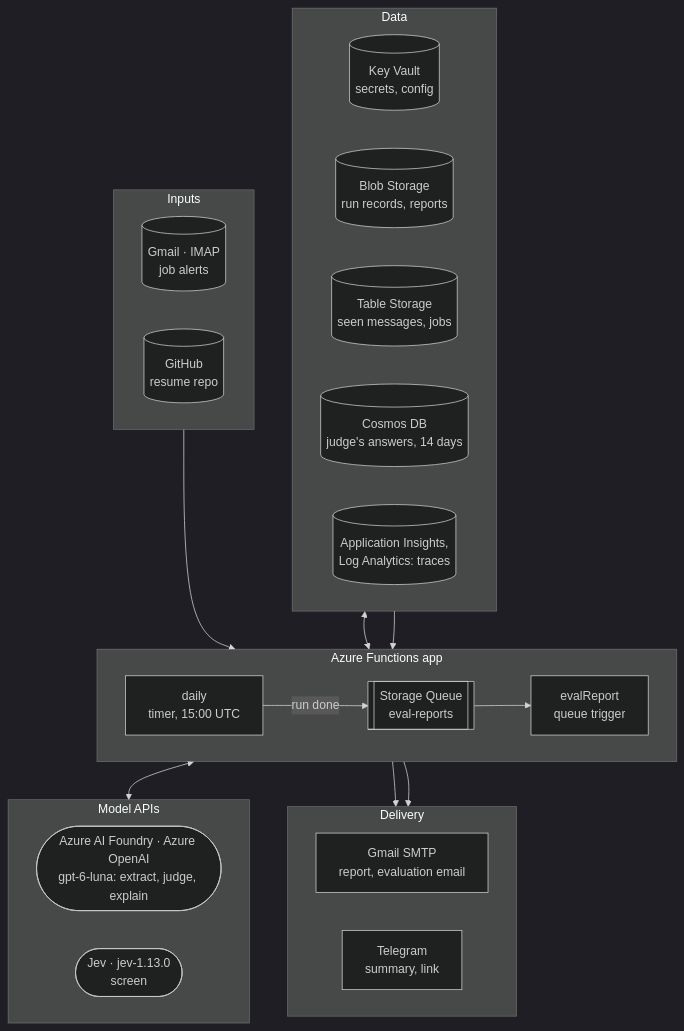
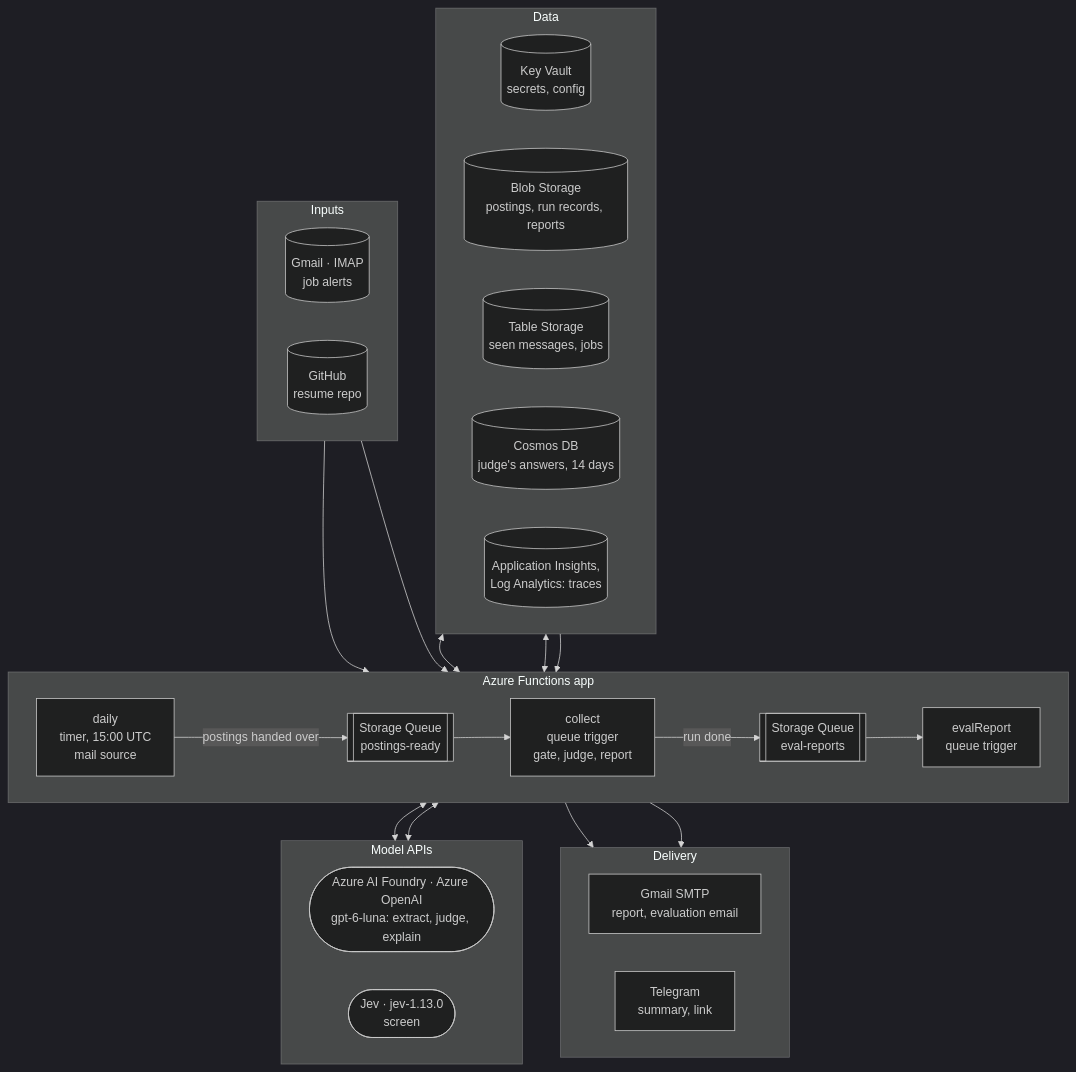
Before and after one commit to PCBZ/job-scan: the first of 3 diagrams in README.md, drawn with Mermaid (dark theme). The commit also changed other lines of this file and 21 other files, not shown here.

First line of the commit message:
feat: split the daily run, so sources hand postings to a collect function

````diff
--- a/README.md
+++ b/README.md
@@ -18,44 +18,50 @@
 ```mermaid
 flowchart TB
   subgraph inputs [Inputs]
     direction LR
     gmail[(Gmail · IMAP<br/>job alerts)]
     github[(GitHub<br/>resume repo)]
   end
 
   subgraph app [Azure Functions app]
     direction LR
-    daily["daily<br/>timer, 15:00 UTC"]
+    daily["daily<br/>timer, 15:00 UTC<br/>mail source"]
+    pqueue[[Storage Queue<br/>postings-ready]]
+    collect["collect<br/>queue trigger<br/>gate, judge, report"]
     queue[[Storage Queue<br/>eval-reports]]
     evalfn["evalReport<br/>queue trigger"]
-    daily -- "run done" --> queue --> evalfn
+    daily -- "postings handed over" --> pqueue --> collect
+    collect -- "run done" --> queue --> evalfn
   end
 
   subgraph apis [Model APIs]
     direction LR
     openai(["Azure AI Foundry · Azure OpenAI<br/>gpt-6-luna: extract, judge, explain"])
     jev([Jev · jev-1.13.0<br/>screen])
   end
 
   subgraph data [Data]
     direction LR
     vault[(Key Vault<br/>secrets, config)]
-    blob[(Blob Storage<br/>run records, reports)]
+    blob[(Blob Storage<br/>postings, run records, reports)]
     table[(Table Storage<br/>seen messages, jobs)]
     cosmos[(Cosmos DB<br/>judge's answers, 14 days)]
     logs[("Application Insights,<br/>Log Analytics: traces")]
   end
 
   subgraph out [Delivery]
     direction LR
     smtp[Gmail SMTP<br/>report, evaluation email]
     tg[Telegram<br/>summary, link]
   end
 
   inputs --> daily
+  inputs --> collect
   daily <--> apis
+  collect <--> apis
   data <--> daily
+  data <--> collect
   data --> evalfn
-  daily --> out
+  collect --> out
   evalfn --> out
 ```
````
